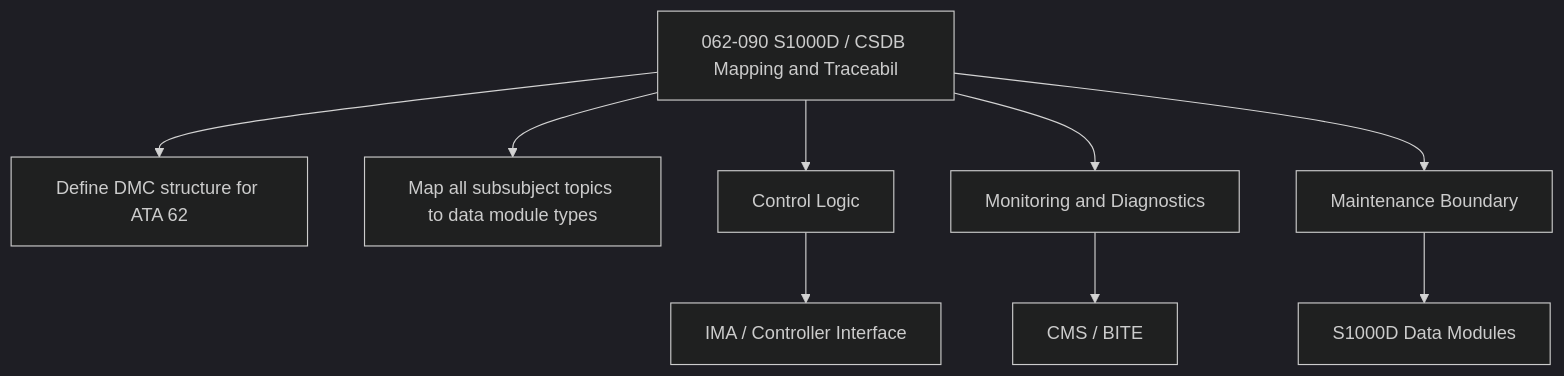
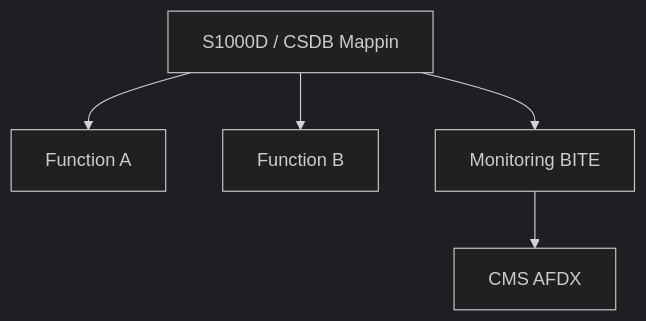
One commit to AmedeoPelliccia/Qplus-For-All-Queer-People-and-Quantum changed the second of 2 diagrams in Q+ATLANTIDE/000-099_ATLAS/060-069_Propulsion-Tradicional/062_Power-Plant/062-090-S1000D-CSDB-Mapping-and-Traceability.md. Above: the diagram before and after it, drawn with Mermaid (dark theme). The commit also changed other lines of this file and 74 other files, not shown here.

````diff
--- a/Q+ATLANTIDE/000-099_ATLAS/060-069_Propulsion-Tradicional/062_Power-Plant/062-090-S1000D-CSDB-Mapping-and-Traceability.md
+++ b/Q+ATLANTIDE/000-099_ATLAS/060-069_Propulsion-Tradicional/062_Power-Plant/062-090-S1000D-CSDB-Mapping-and-Traceability.md
@@ -172,11 +96,7 @@
 ```mermaid
 flowchart TB
-    SYS[062-090 S1000D / CSDB Mapping and Traceabil] --> F1[Define DMC structure for ATA 62]
-    SYS --> F2[Map all subsubject topics to data module types]
-    SYS --> CTRL[Control Logic]
-    SYS --> MON[Monitoring and Diagnostics]
-    SYS --> MAINT[Maintenance Boundary]
-    CTRL --> IMA[IMA / Controller Interface]
-    MON --> CMS[CMS / BITE]
-    MAINT --> CSDB[S1000D Data Modules]
+    SYS[S1000D / CSDB Mappin] --> F1[Function A]
+    SYS --> F2[Function B]
+    SYS --> MON[Monitoring BITE]
+    MON --> CMS[CMS AFDX]
 ```
````
